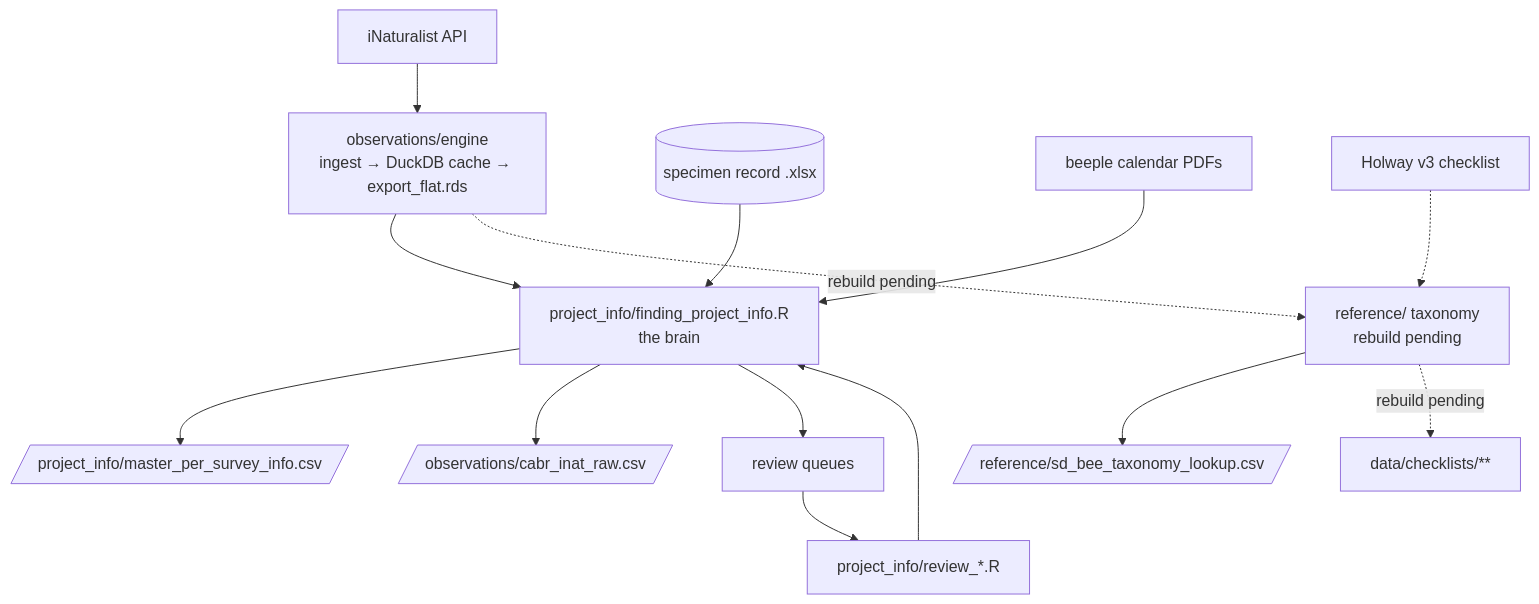
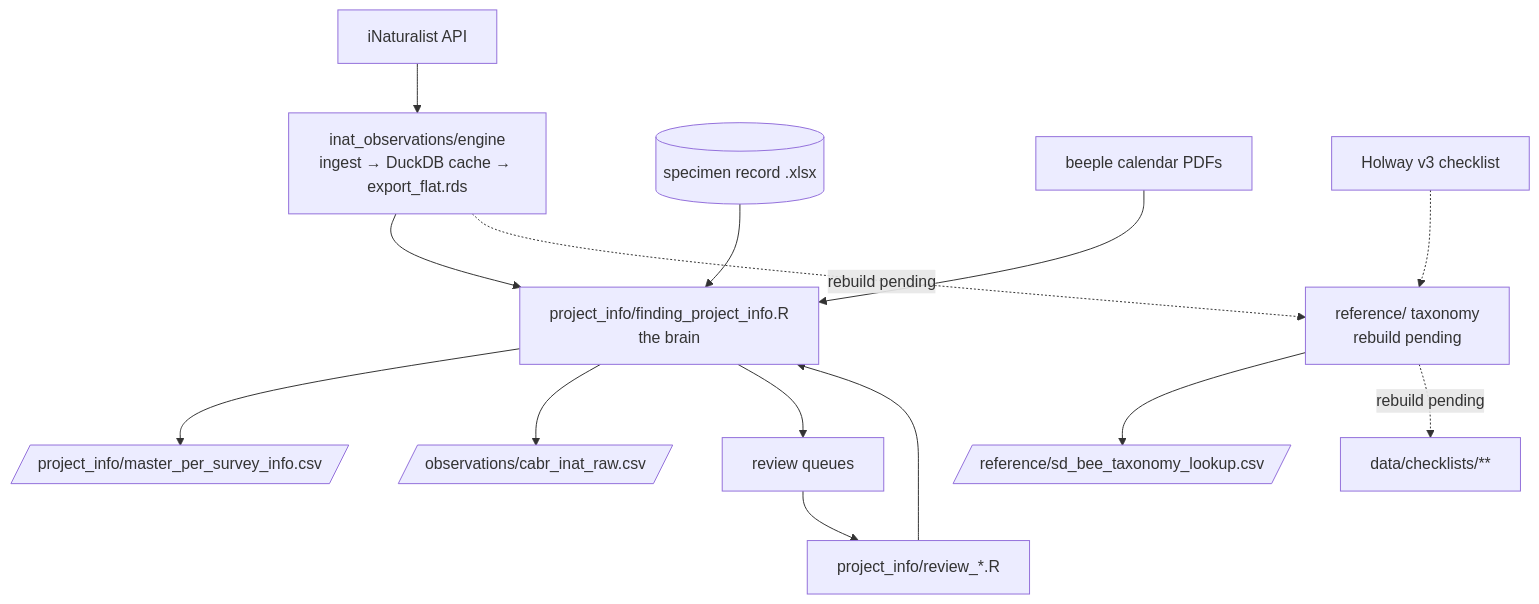
The diagram in dev-docs/SCRIPTS_GUIDE.md (RandomBirdLover/beescabr), drawn with Mermaid before and after one commit. The commit also changed other lines of this file and 76 other files, not shown here.

````diff
--- a/dev-docs/SCRIPTS_GUIDE.md
+++ b/dev-docs/SCRIPTS_GUIDE.md
@@ -56,13 +56,13 @@
 ```mermaid
 flowchart TD
-  API[iNaturalist API] --> ENG[observations/engine<br/>ingest → DuckDB cache → export_flat.rds]
+  API[iNaturalist API] --> ENG[inat_observations/engine<br/>ingest → DuckDB cache → export_flat.rds]
   ENG --> BRAIN[project_info/finding_project_info.R<br/>the brain]
   SPEC[(specimen record .xlsx)] --> BRAIN
   CAL[beeple calendar PDFs] --> BRAIN
   BRAIN --> PSI[/project_info/master_per_survey_info.csv/]
   BRAIN --> RAW[/observations/cabr_inat_raw.csv/]
   BRAIN --> REV[review queues] --> RW[project_info/review_*.R] --> BRAIN
   ENG -.rebuild pending.-> REF[reference/ taxonomy<br/>rebuild pending] --> LOOK[/reference/sd_bee_taxonomy_lookup.csv/]
   HOL[Holway v3 checklist] -.-> REF
   REF -.rebuild pending.-> CHK[data/checklists/**]
 ```
````
